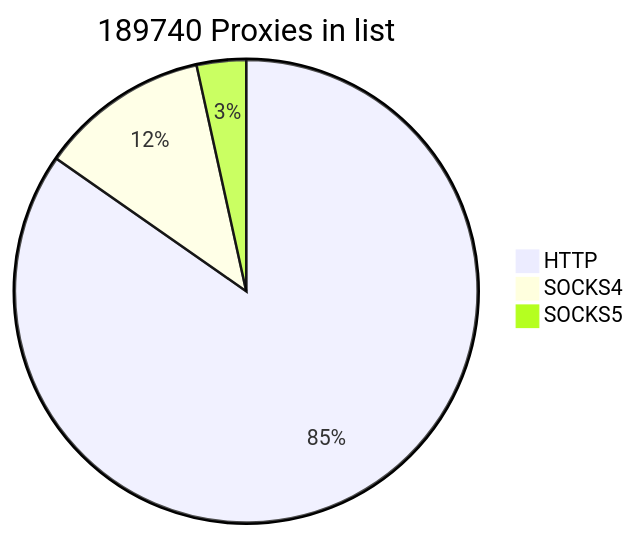
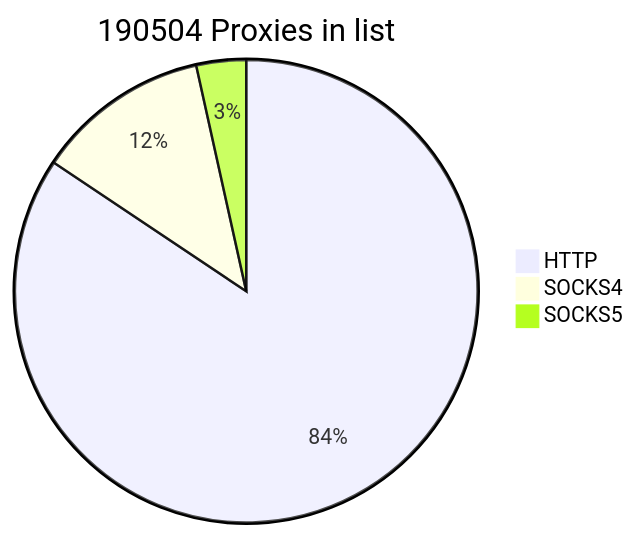
The first of 2 diagrams in README.md (cutipu/proxylist), drawn with Mermaid before and after one commit. The commit also changed other lines of this file, not shown here.

````diff
--- a/README.md
+++ b/README.md
@@ -2,7 +2,7 @@
 ```mermaid
-pie title 189740 Proxies in list
-    "HTTP" : 160719
-    "SOCKS4" : 22484
-    "SOCKS5" : 6537
+pie title 190504 Proxies in list
+    "HTTP" : 160747
+    "SOCKS4" : 23142
+    "SOCKS5" : 6615
             
 ```
````
